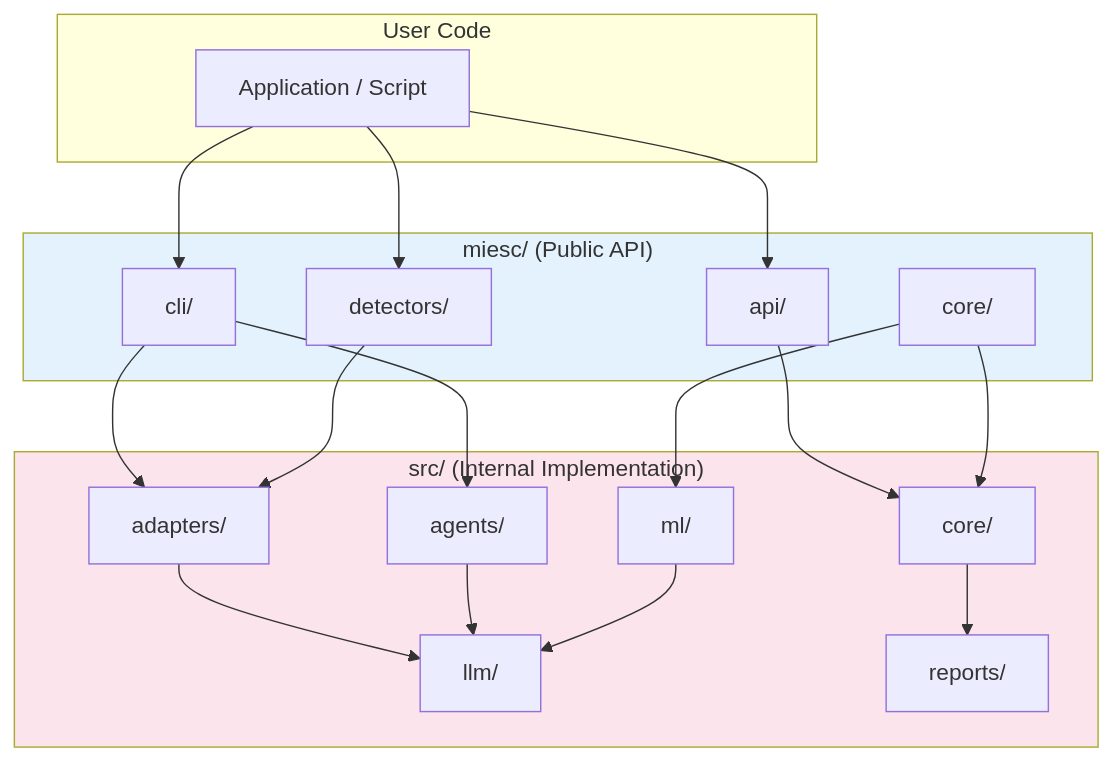
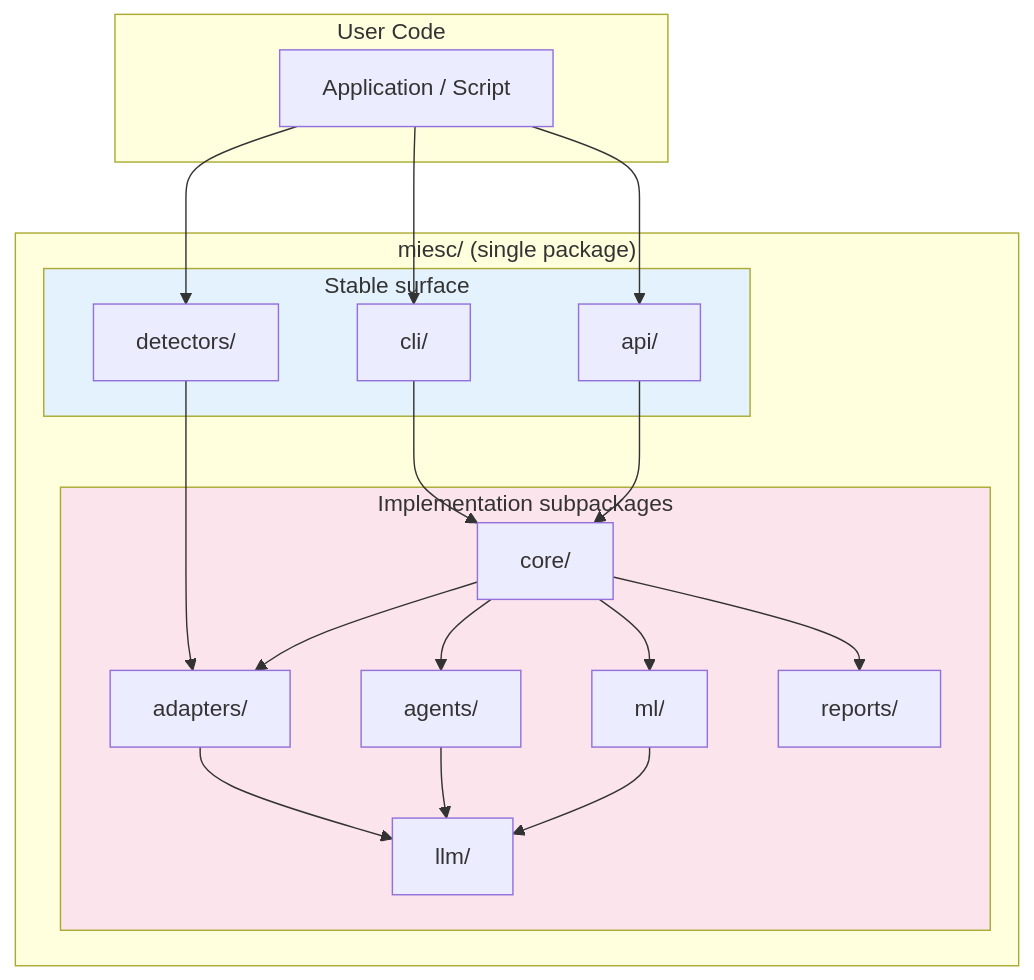
The second of 4 diagrams in docs/ARCHITECTURE.md (fboiero/MIESC), drawn with Mermaid before and after one commit. The commit also changed other lines of this file and 4 other files, not shown here.

First line of the commit message:
docs: refresh ARCHITECTURE, mutation guide, and stale version claims for v6.0.0

````diff
--- a/docs/ARCHITECTURE.md
+++ b/docs/ARCHITECTURE.md
@@ -117,41 +115,41 @@
 ```mermaid
 flowchart TB
     subgraph UserCode["User Code"]
         UC[Application / Script]
     end
 
-    subgraph PublicAPI["miesc/ (Public API)"]
-        CLI[cli/]
-        API[api/]
-        DET[detectors/]
-        CORE[core/]
-    end
-
-    subgraph Internal["src/ (Internal Implementation)"]
-        ADAP[adapters/]
-        AGEN[agents/]
-        ICORE[core/]
-        ML[ml/]
-        LLM[llm/]
-        REP[reports/]
+    subgraph Package["miesc/ (single package)"]
+        subgraph Surface["Stable surface"]
+            CLI[cli/]
+            API[api/]
+            DET[detectors/]
+        end
+        subgraph Impl["Implementation subpackages"]
+            CORE[core/]
+            ADAP[adapters/]
+            AGEN[agents/]
+            ML[ml/]
+            LLM[llm/]
+            REP[reports/]
+        end
     end
 
     UC --> CLI
     UC --> API
     UC --> DET
 
-    CLI --> ADAP
-    CLI --> AGEN
-    API --> ICORE
+    CLI --> CORE
+    API --> CORE
     DET --> ADAP
-    CORE --> ICORE
+    CORE --> ADAP
+    CORE --> AGEN
     CORE --> ML
 
     ADAP --> LLM
     AGEN --> LLM
     ML --> LLM
-    ICORE --> REP
+    CORE --> REP
 
-    style PublicAPI fill:#e3f2fd
-    style Internal fill:#fce4ec
+    style Surface fill:#e3f2fd
+    style Impl fill:#fce4ec
 ```
````
